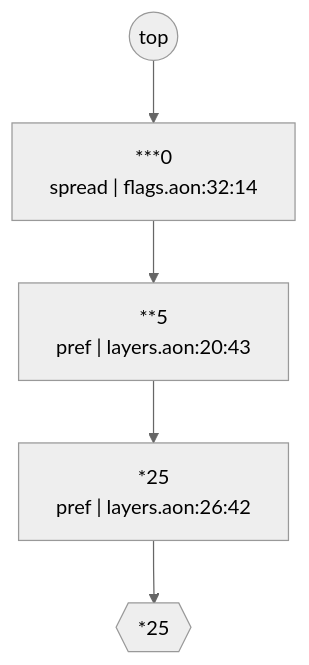
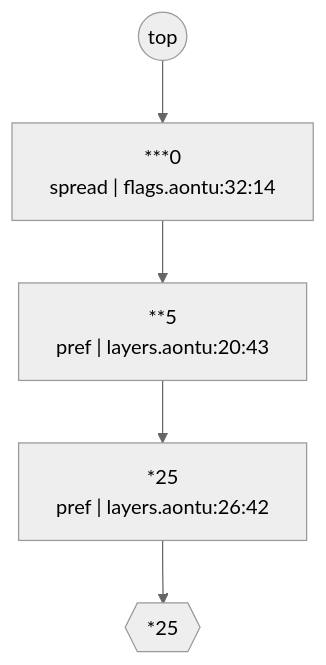
The diagram in use-cases/08-feature-flags/README.md (aontu-lang/aontu), drawn with Mermaid (neutral theme) before and after one commit. The commit also changed other lines of this file and 1176 other files, not shown here.

````diff
--- a/use-cases/08-feature-flags/README.md
+++ b/use-cases/08-feature-flags/README.md
@@ -128,12 +128,12 @@
 ```mermaid
 graph TD
   top(("top"))
-  c0["***0<br/>spread | flags.aon:32:14"]
-  c1["**5<br/>pref | layers.aon:20:43"]
-  c2["*25<br/>pref | layers.aon:26:42"]
+  c0["***0<br/>spread | flags.aontu:32:14"]
+  c1["**5<br/>pref | layers.aontu:20:43"]
+  c2["*25<br/>pref | layers.aontu:26:42"]
   val{{"*25"}}
   top --> c0
   c0 --> c1
   c1 --> c2
   c2 --> val
 ```
````
